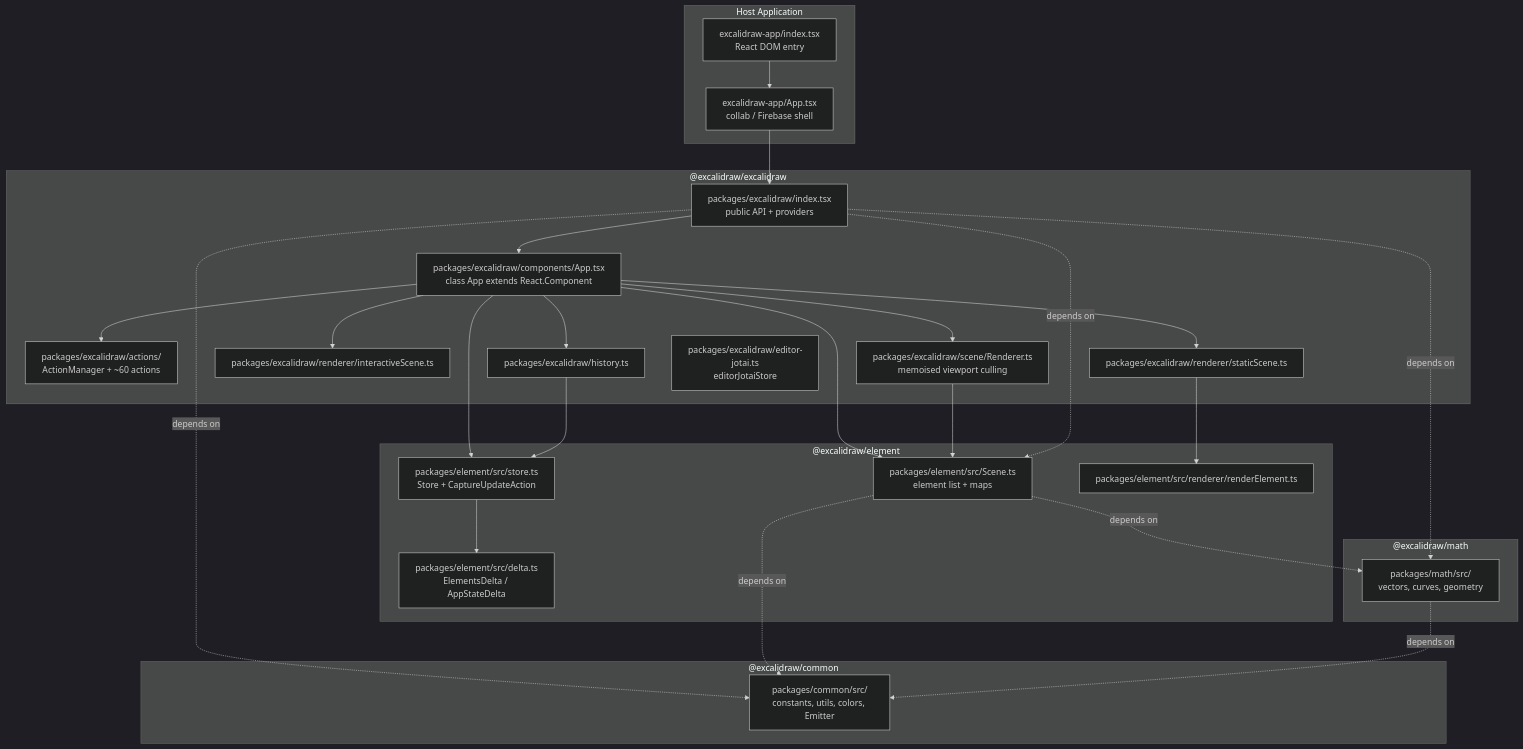
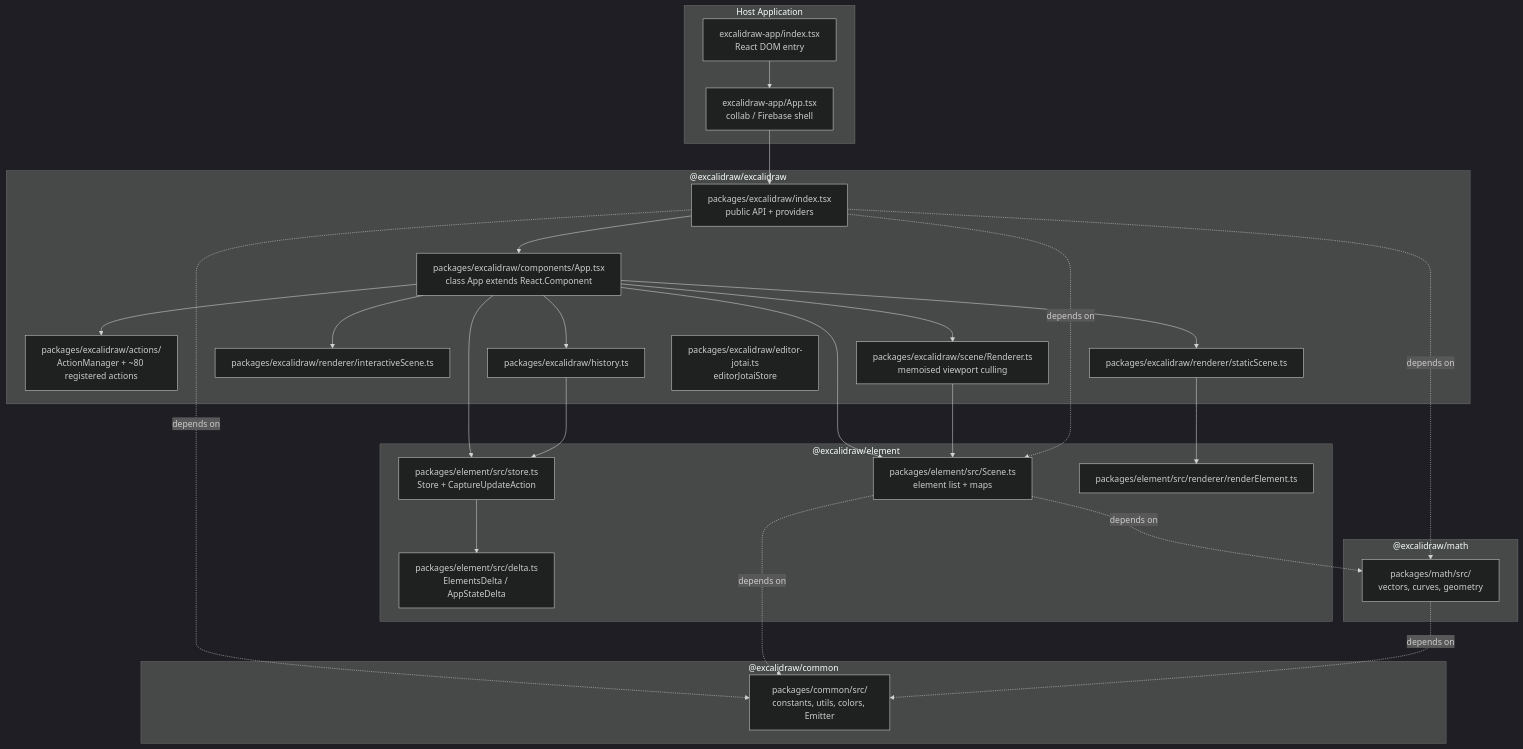
The first of 3 diagrams in docs/technical/architecture.md (koldovsky/2026-fwdays-agentic-large-day01-hw), drawn with Mermaid (dark theme) before and after one commit. The commit also changed other lines of this file and 11 other files, not shown here.

````diff
--- a/docs/technical/architecture.md
+++ b/docs/technical/architecture.md
@@ -11,55 +11,55 @@
 ```mermaid
 graph TD
     subgraph "Host Application"
         APP["excalidraw-app/index.tsx<br/>React DOM entry"]
         APPCOMP["excalidraw-app/App.tsx<br/>collab / Firebase shell"]
     end
 
     subgraph "@excalidraw/excalidraw"
         PKG_ENTRY["packages/excalidraw/index.tsx<br/>public API + providers"]
         APP_CLASS["packages/excalidraw/components/App.tsx<br/>class App extends React.Component"]
-        ACTIONS["packages/excalidraw/actions/<br/>ActionManager + ~60 actions"]
+        ACTIONS["packages/excalidraw/actions/<br/>ActionManager + ~80 registered actions"]
         RENDERER_S["packages/excalidraw/renderer/staticScene.ts"]
         RENDERER_I["packages/excalidraw/renderer/interactiveScene.ts"]
         SCENE_R["packages/excalidraw/scene/Renderer.ts<br/>memoised viewport culling"]
         HISTORY["packages/excalidraw/history.ts"]
         JOTAI_E["packages/excalidraw/editor-jotai.ts<br/>editorJotaiStore"]
     end
 
     subgraph "@excalidraw/element"
         SCENE["packages/element/src/Scene.ts<br/>element list + maps"]
         STORE["packages/element/src/store.ts<br/>Store + CaptureUpdateAction"]
         DELTA["packages/element/src/delta.ts<br/>ElementsDelta / AppStateDelta"]
         RENDER_EL["packages/element/src/renderer/renderElement.ts"]
     end
 
     subgraph "@excalidraw/math"
         MATH["packages/math/src/<br/>vectors, curves, geometry"]
     end
 
     subgraph "@excalidraw/common"
         COMMON["packages/common/src/<br/>constants, utils, colors, Emitter"]
     end
 
     APP --> APPCOMP
     APPCOMP --> PKG_ENTRY
     PKG_ENTRY --> APP_CLASS
     APP_CLASS --> ACTIONS
     APP_CLASS --> SCENE
     APP_CLASS --> STORE
     APP_CLASS --> HISTORY
     APP_CLASS --> SCENE_R
     APP_CLASS --> RENDERER_S
     APP_CLASS --> RENDERER_I
     RENDERER_S --> RENDER_EL
     HISTORY --> STORE
     STORE --> DELTA
     SCENE_R --> SCENE
 
     PKG_ENTRY -.->|depends on| COMMON
     PKG_ENTRY -.->|depends on| MATH
     PKG_ENTRY -.->|depends on| SCENE
     SCENE -.->|depends on| MATH
     SCENE -.->|depends on| COMMON
     MATH -.->|depends on| COMMON
 ```
````
